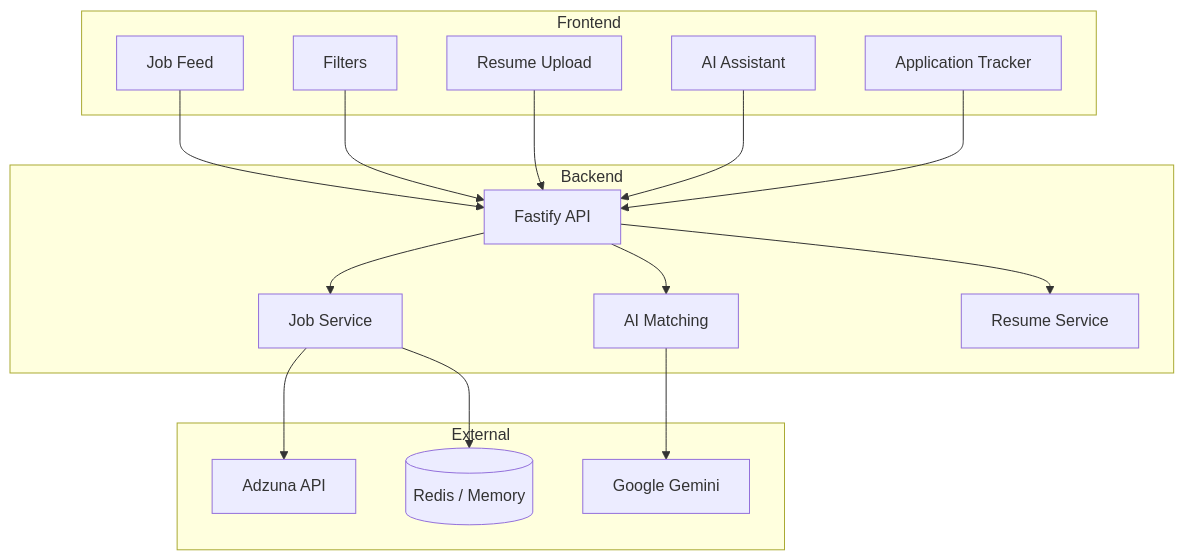
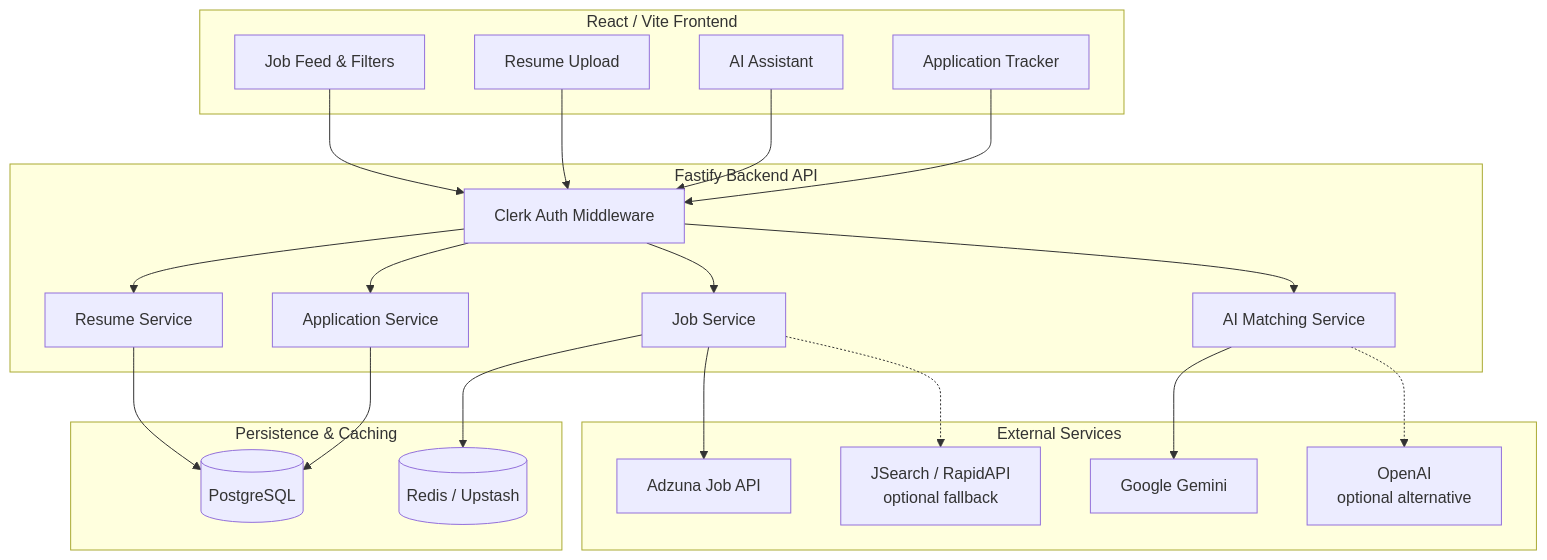
One commit to Sarfarazsfz/smart-job-tracker changed the diagram in README.md. Above: the diagram before and after it, drawn with Mermaid. The commit also changed other lines of this file and 3 other files, not shown here.

````diff
--- a/README.md
+++ b/README.md
@@ -127,37 +99,47 @@
 ```mermaid
 graph TB
-    subgraph Frontend
-        UI[Job Feed]
-        Filters[Filters]
+    subgraph Frontend [React / Vite Frontend]
+        UI[Job Feed & Filters]
         Resume[Resume Upload]
         Chat[AI Assistant]
         Tracker[Application Tracker]
     end
-    
-    subgraph Backend
-        API[Fastify API]
+
+    subgraph Backend [Fastify Backend API]
+        Auth[Clerk Auth Middleware]
         JobService[Job Service]
-        AIService[AI Matching]
+        AIService[AI Matching Service]
         ResumeService[Resume Service]
+        AppService[Application Service]
     end
-    
-    subgraph External
-        JobAPI[Adzuna API]
-        AI[Google Gemini]
-        Cache[(Redis / Memory)]
+
+    subgraph Data [Persistence & Caching]
+        Postgres[(PostgreSQL)]
+        Cache[(Redis / Upstash)]
     end
-    
-    UI --> API
-    Filters --> API
-    Resume --> API
-    Chat --> API
-    Tracker --> API
-    
-    API --> JobService
-    API --> AIService
-    API --> ResumeService
-    
+
+    subgraph External [External Services]
+        JobAPI[Adzuna Job API]
+        JSearch[JSearch / RapidAPI<br/>optional fallback]
+        Gemini[Google Gemini]
+        OpenAI[OpenAI<br/>optional alternative]
+    end
+
+    UI --> Auth
+    Resume --> Auth
+    Chat --> Auth
+    Tracker --> Auth
+
+    Auth --> JobService
+    Auth --> AIService
+    Auth --> ResumeService
+    Auth --> AppService
+
     JobService --> JobAPI
+    JobService -.-> JSearch
     JobService --> Cache
-    AIService --> AI
+    AIService --> Gemini
+    AIService -.-> OpenAI
+    ResumeService --> Postgres
+    AppService --> Postgres
 ```
````
